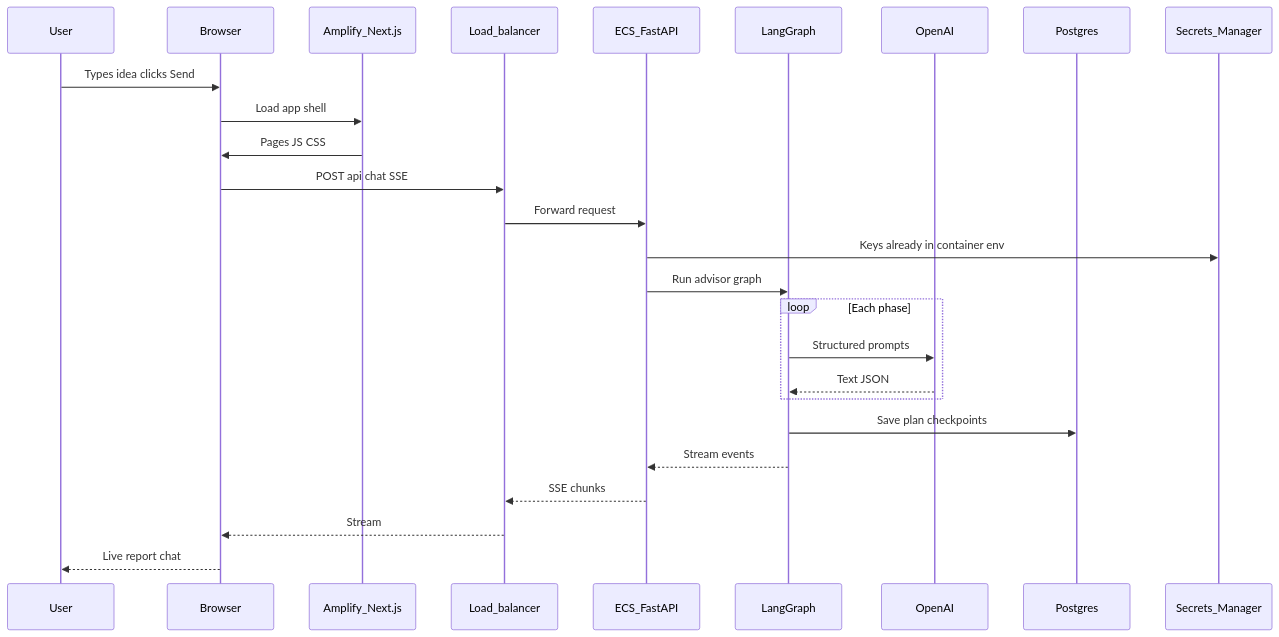
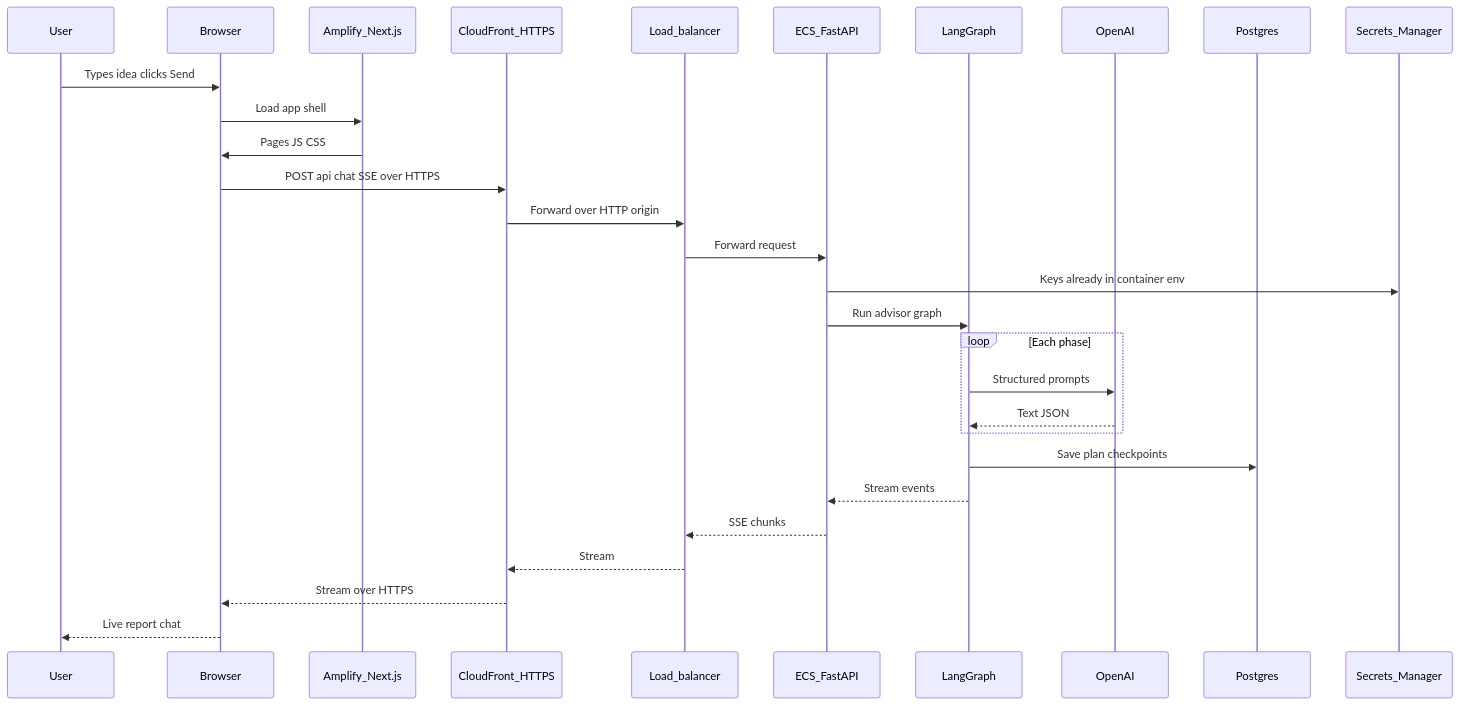
Before and after one commit to Conqueror102/B4Build: the first of 2 diagrams in docs/APPLICATION_FLOW_EXPLAINED.md, drawn with Mermaid. The commit also changed other lines of this file and 13 other files, not shown here.

Commit message:
update: put the alb in front of cloudfront to fix the https vs http mismatch issue

````diff
--- a/docs/APPLICATION_FLOW_EXPLAINED.md
+++ b/docs/APPLICATION_FLOW_EXPLAINED.md
@@ -24,29 +24,32 @@
 ```mermaid
 sequenceDiagram
   participant User
   participant Browser
   participant Amplify as Amplify_Next.js
+  participant CF as CloudFront_HTTPS
   participant ALB as Load_balancer
   participant API as ECS_FastAPI
   participant Graph as LangGraph
   participant LLM as OpenAI
   participant DB as Postgres
   participant SM as Secrets_Manager
 
   User->>Browser: Types idea clicks Send
   Browser->>Amplify: Load app shell
   Amplify->>Browser: Pages JS CSS
-  Browser->>ALB: POST api chat SSE
+  Browser->>CF: POST api chat SSE over HTTPS
+  CF->>ALB: Forward over HTTP origin
   ALB->>API: Forward request
   API->>SM: Keys already in container env
   API->>Graph: Run advisor graph
   loop Each phase
     Graph->>LLM: Structured prompts
     LLM-->>Graph: Text JSON
   end
   Graph->>DB: Save plan checkpoints
   Graph-->>API: Stream events
   API-->>ALB: SSE chunks
-  ALB-->>Browser: Stream
+  ALB-->>CF: Stream
+  CF-->>Browser: Stream over HTTPS
   Browser-->>User: Live report chat
 ```
````
